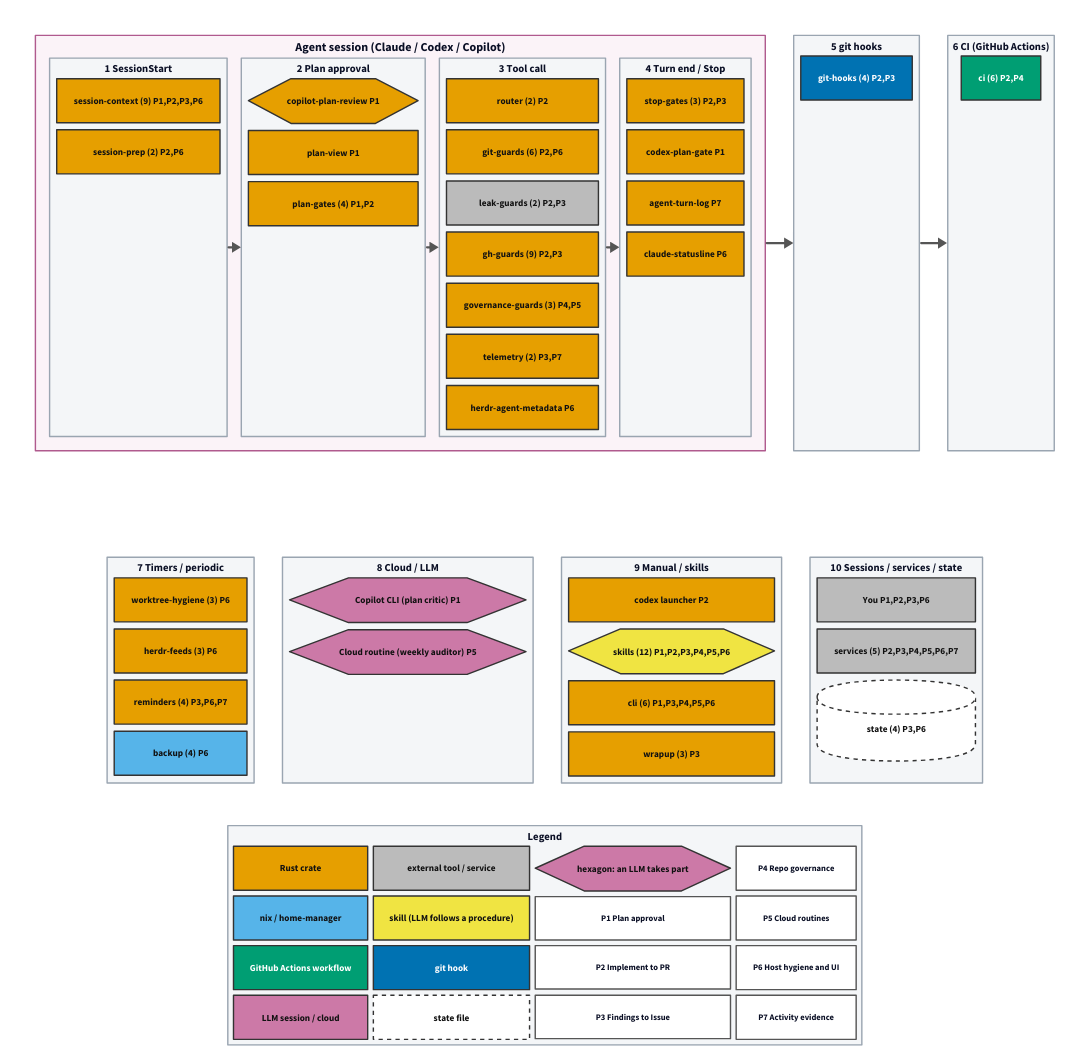
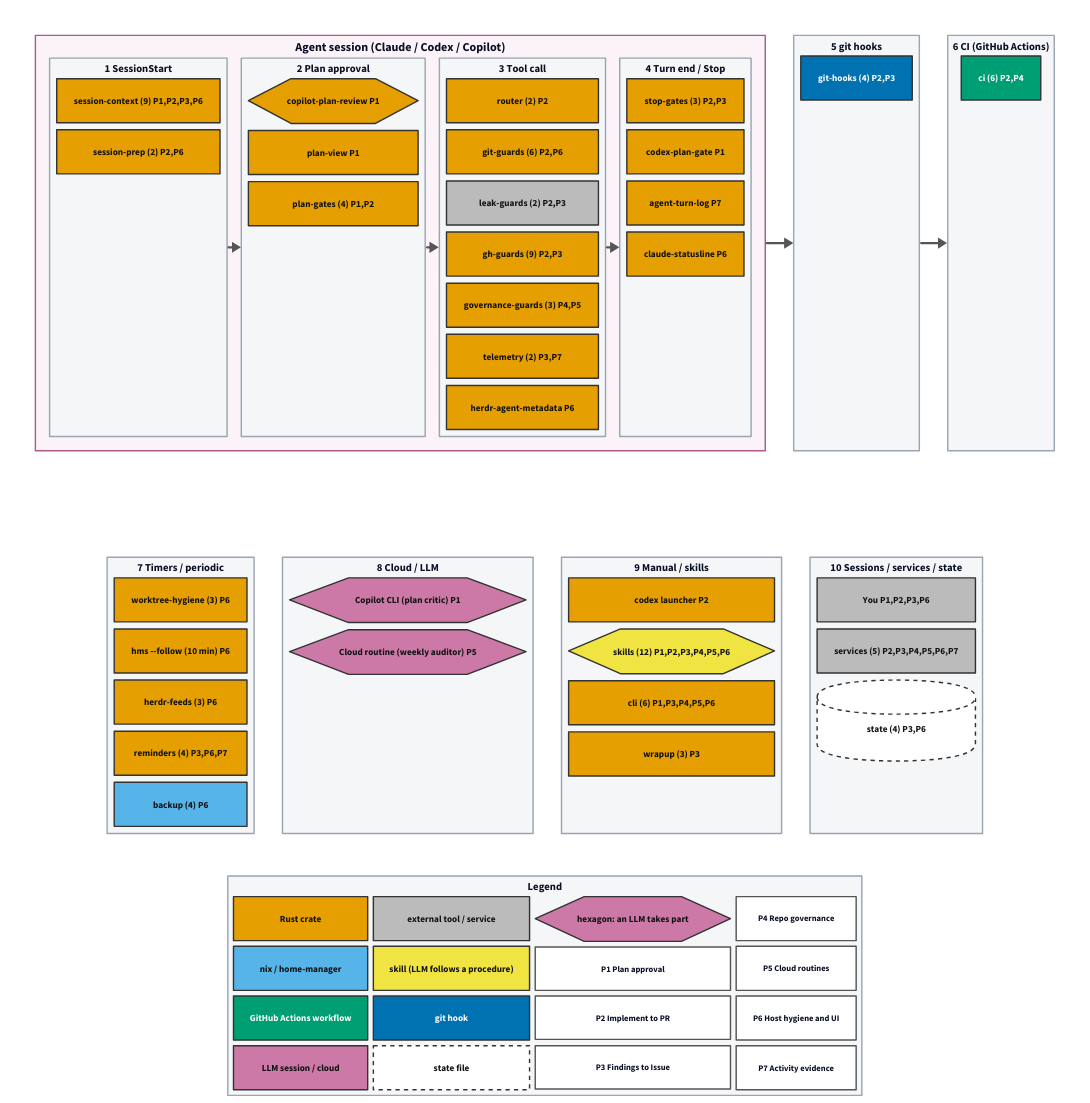
Before and after one commit to tarotene/dotfiles: the diagram in docs/assets/pipeline-map/overview.d2, drawn with D2. The commit also changed 13 other files, not shown here.

```diff
--- a/docs/assets/pipeline-map/overview.d2
+++ b/docs/assets/pipeline-map/overview.d2
@@ -273,6 +273,9 @@
     g_worktree_hygiene: "worktree-hygiene (3)  P6" {
       class: s_rust
     }
+    g_hms_follow: "hms --follow (10 min)  P6" {
+      class: s_rust
+    }
     g_herdr_feeds: "herdr-feeds (3)  P6" {
       class: s_rust
     }
```
